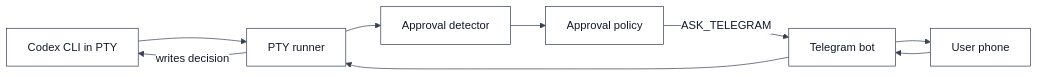
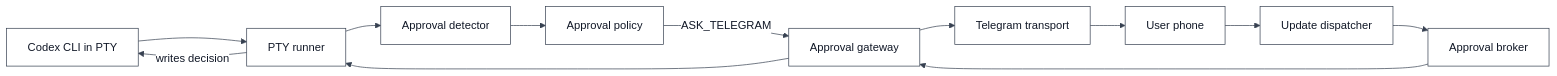
Before and after one commit to kinderp/durex: the first of 4 diagrams in docs/TELEGRAM_APPROVALS.md, drawn with Mermaid. The commit also changed other lines of this file and 11 other files, not shown here.

First line of the commit message:
docs(telegram): define dispatcher ownership

````diff
--- a/docs/TELEGRAM_APPROVALS.md
+++ b/docs/TELEGRAM_APPROVALS.md
@@ -33,12 +35,15 @@
 ```mermaid
 %%{init: {"theme": "base", "themeVariables": {"primaryColor": "#ffffff", "primaryTextColor": "#111827", "primaryBorderColor": "#374151", "lineColor": "#374151", "secondaryColor": "#f3f4f6", "tertiaryColor": "#ffffff", "textColor": "#111827", "mainBkg": "#ffffff", "nodeBorder": "#374151", "clusterBkg": "#f9fafb", "clusterBorder": "#9ca3af", "edgeLabelBackground": "#ffffff", "actorBkg": "#ffffff", "actorBorder": "#374151", "actorTextColor": "#111827", "activationBkgColor": "#e5e7eb", "activationBorderColor": "#374151", "signalColor": "#111827", "signalTextColor": "#111827", "noteBkgColor": "#fef3c7", "noteTextColor": "#111827", "noteBorderColor": "#92400e"}}}%%
 flowchart LR
     Codex[Codex CLI in PTY] --> PtyRunner[PTY runner]
     PtyRunner --> Detector[Approval detector]
     Detector --> Policy[Approval policy]
-    Policy -->|ASK_TELEGRAM| Bot[Telegram bot]
+    Policy -->|ASK_TELEGRAM| Gateway[Approval gateway]
+    Gateway --> Bot[Telegram transport]
     Bot --> User[User phone]
-    User --> Bot
-    Bot --> PtyRunner
+    User --> Dispatcher[Update dispatcher]
+    Dispatcher --> Broker[Approval broker]
+    Broker --> Gateway
+    Gateway --> PtyRunner
     PtyRunner -->|writes decision| Codex
 ```
````
